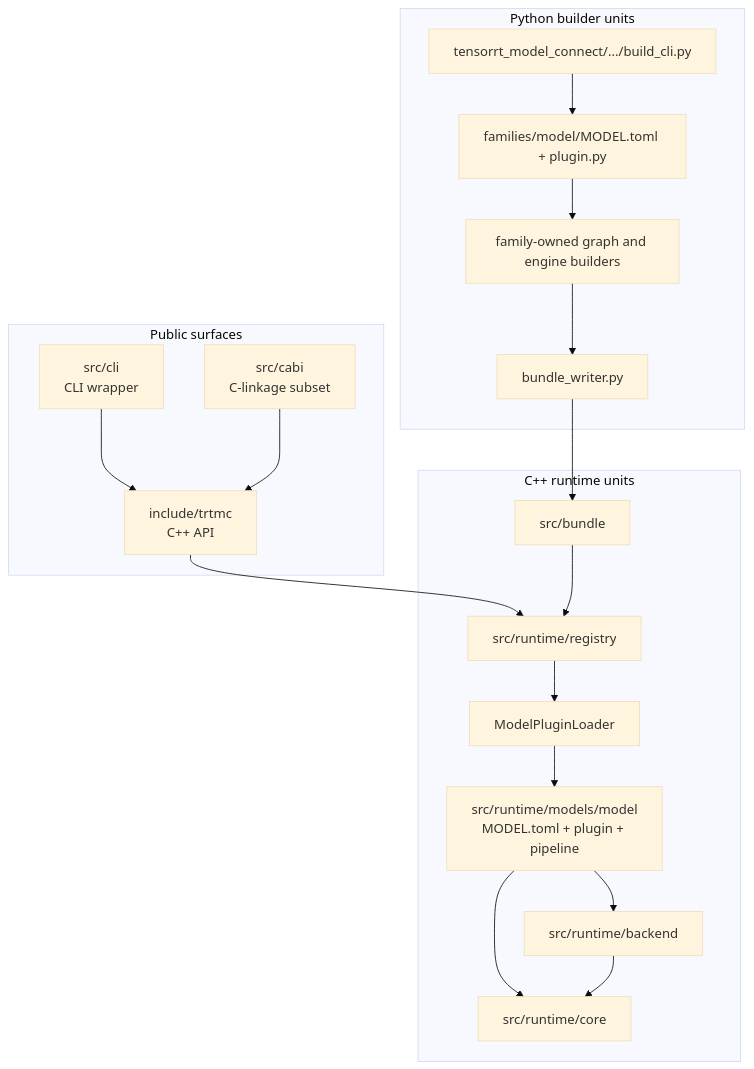
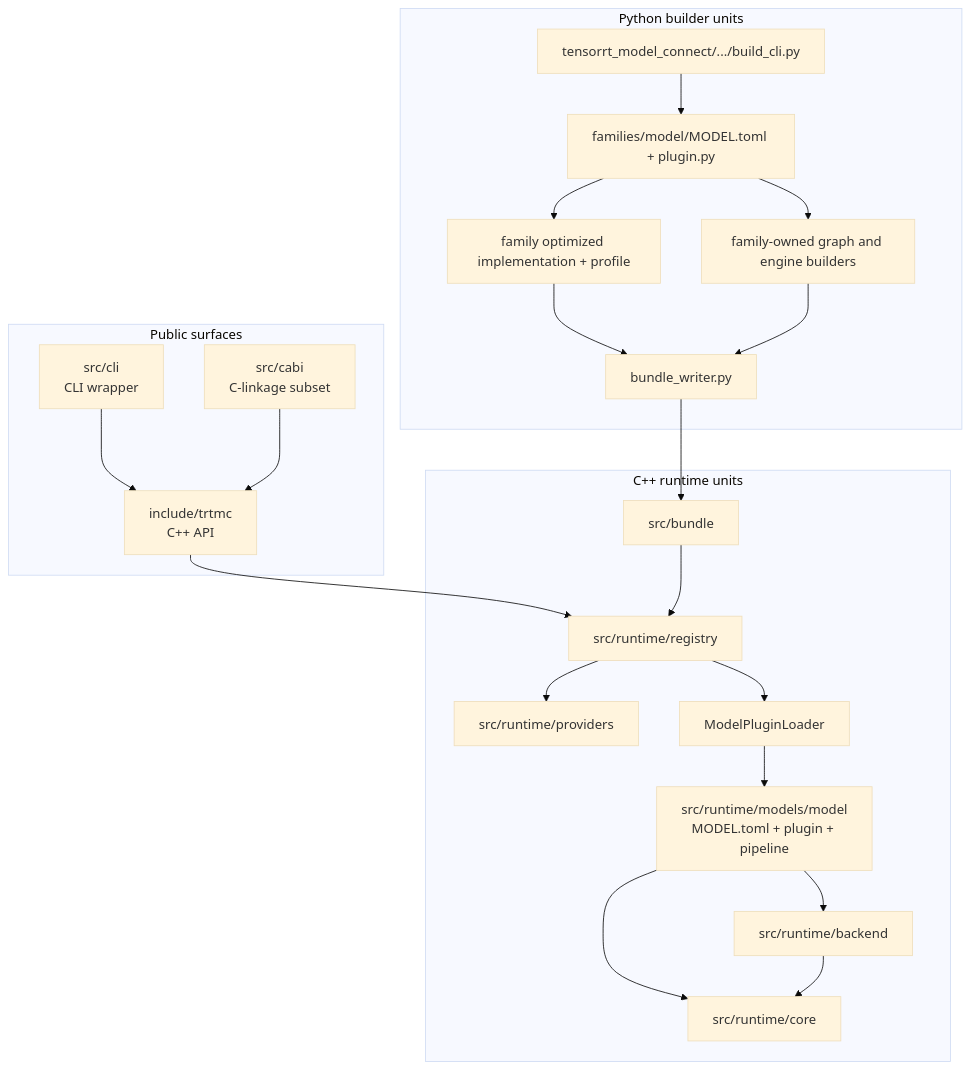
The diagram in website/docs/unit-design/overview.md (NVIDIA/TensorRT-Model-Connect), drawn with Mermaid (base theme) before and after one commit. The commit also changed other lines of this file and 76 other files, not shown here.

````diff
--- a/website/docs/unit-design/overview.md
+++ b/website/docs/unit-design/overview.md
@@ -12,38 +14,43 @@
 ```mermaid
 flowchart TB
   subgraph Public["Public surfaces"]
     PublicAPI["include/trtmc<br/>C++ API"]
     CLI["src/cli<br/>CLI wrapper"]
     CABI["src/cabi<br/>C-linkage subset"]
   end
 
   subgraph Build["Python builder units"]
     BuildCLI["tensorrt_model_connect/.../build_cli.py"]
     Families["families/model/MODEL.toml + plugin.py"]
+    Provider["family optimized implementation + profile"]
     Builders["family-owned graph and engine builders"]
     BundleWriter["bundle_writer.py"]
   end
 
   subgraph Runtime["C++ runtime units"]
     Bundle["src/bundle"]
     Registry["src/runtime/registry"]
+    OptimizedHost["src/runtime/providers"]
     Loader["ModelPluginLoader"]
     Models["src/runtime/models/model<br/>MODEL.toml + plugin + pipeline"]
     Core["src/runtime/core"]
     Backend["src/runtime/backend"]
   end
 
   BuildCLI --> Families
+  Families --> Provider
+  Provider --> BundleWriter
   Families --> Builders
   Builders --> BundleWriter
   BundleWriter --> Bundle
   PublicAPI --> Registry
   CLI --> PublicAPI
   CABI --> PublicAPI
   Bundle --> Registry
+  Registry --> OptimizedHost
   Registry --> Loader
   Loader --> Models
   Models --> Core
   Models --> Backend
   Backend --> Core
 ```
````
